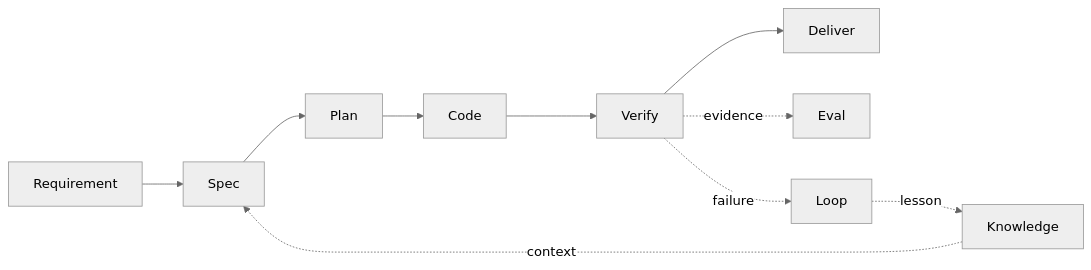
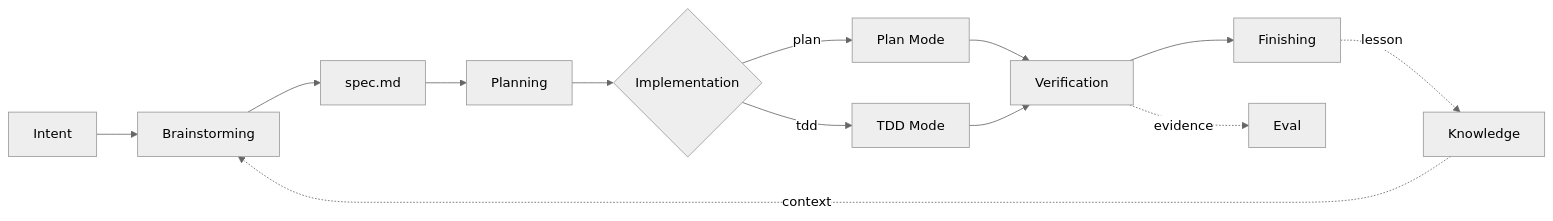
One commit to Spadex/halo changed the diagram in docs/wiki/README.md. Above: the diagram before and after it, drawn with Mermaid (neutral theme). The commit also changed other lines of this file and 28 other files, not shown here.

````diff
--- a/docs/wiki/README.md
+++ b/docs/wiki/README.md
@@ -11,13 +11,16 @@
 ```mermaid
 flowchart LR
-    R["Requirement"] --> S["Spec"]
-    S --> P["Plan"]
-    P --> C["Code"]
-    C --> V["Verify"]
-    V --> D["Deliver"]
+    I["Intent"] --> B["Brainstorming"]
+    B --> S["spec.md"]
+    S --> P["Planning"]
+    P --> E{"Implementation"}
+    E -->|"plan"| PM["Plan Mode"]
+    E -->|"tdd"| TM["TDD Mode"]
+    PM --> V["Verification"]
+    TM --> V
+    V --> F["Finishing"]
 
-    K["Knowledge"] -. "context" .-> S
-    V -. "evidence" .-> E["Eval"]
-    V -. "failure" .-> L["Loop"]
-    L -. "lesson" .-> K
+    K["Knowledge"] -. "context" .-> B
+    V -. "evidence" .-> EV["Eval"]
+    F -. "lesson" .-> K
 ```
````
